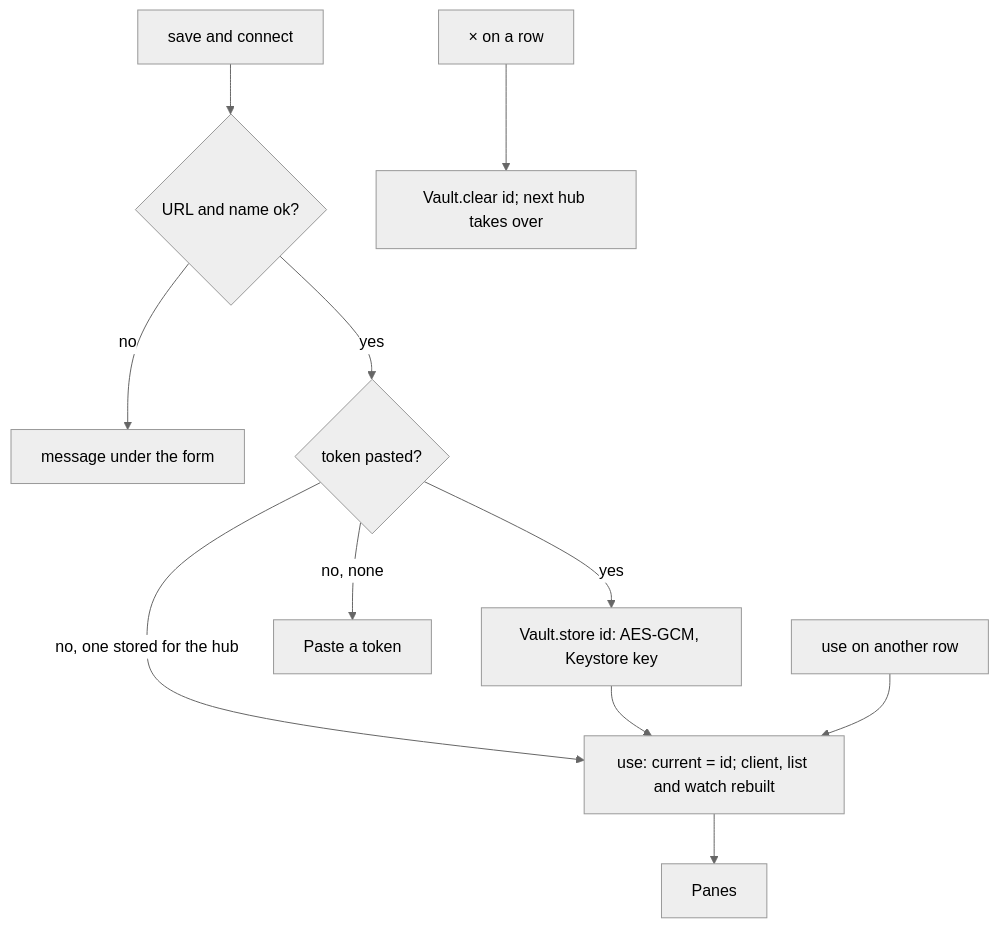
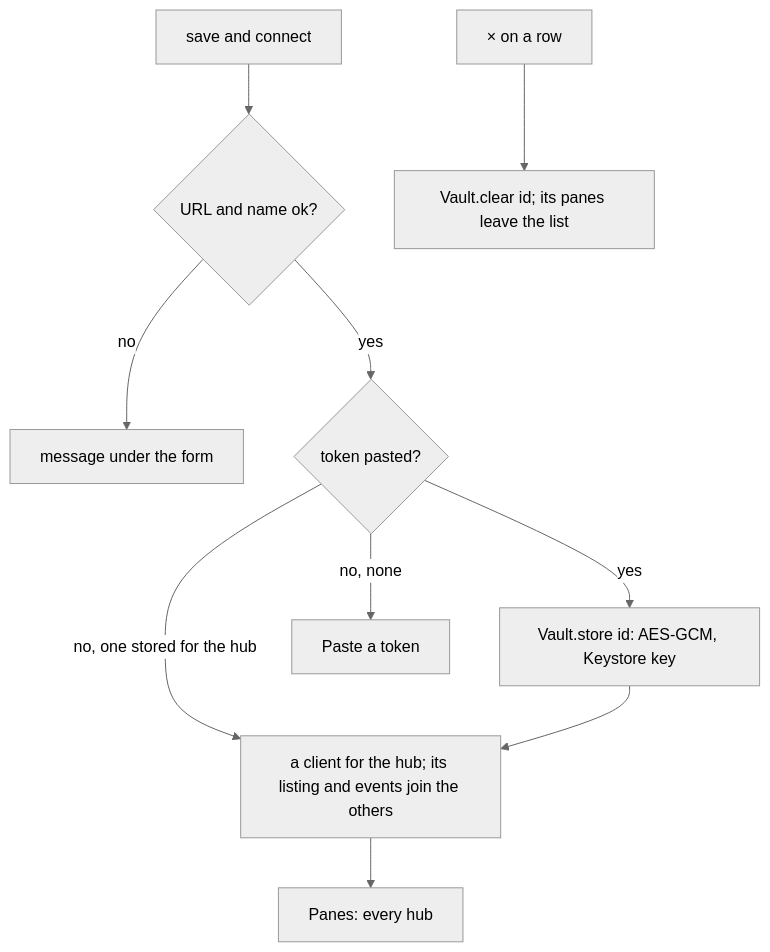
One commit to notmarkopadjen/muxway-android changed the first of 2 diagrams in docs/features/connect.md. Above: the diagram before and after it, drawn with Mermaid (neutral theme). The commit also changed other lines of this file and 38 other files, not shown here.

````diff
--- a/docs/features/connect.md
+++ b/docs/features/connect.md
@@ -48,13 +55,12 @@
 ```mermaid
 flowchart TD
     S[save and connect] --> U{URL and name ok?}
     U -- no --> E1[message under the form]
     U -- yes --> T{token pasted?}
     T -- yes --> V[Vault.store id: AES-GCM, Keystore key]
     T -- no, one stored for the hub --> W
     T -- no, none --> E2[Paste a token]
-    V --> W["use: current = id; client, list and watch rebuilt"]
-    W --> P[Panes]
-    L[use on another row] --> W
-    R[× on a row] --> D["Vault.clear id; next hub takes over"]
+    V --> W["a client for the hub; its listing and events join the others"]
+    W --> P[Panes: every hub]
+    R[× on a row] --> D["Vault.clear id; its panes leave the list"]
 ```
````
